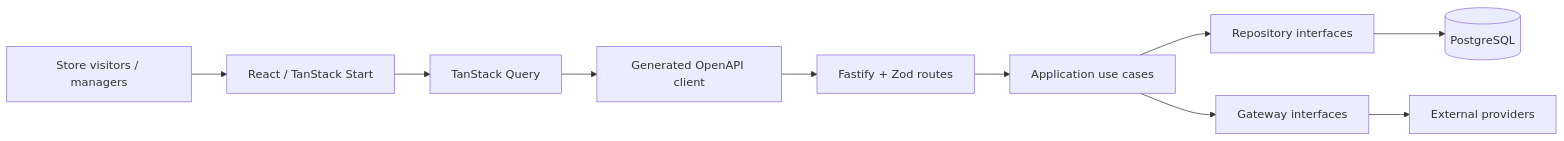
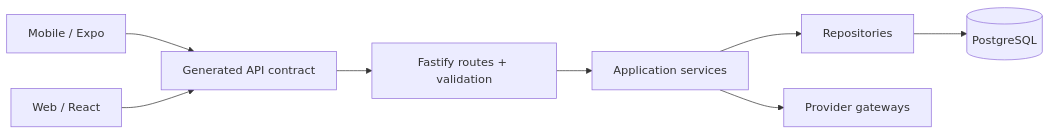
Before and after one commit to mkwitko/mkwitko: the diagram in README.md, drawn with Mermaid. The commit also changed other lines of this file and 4 other files, not shown here.

````diff
--- a/README.md
+++ b/README.md
@@ -50,12 +48,10 @@
 ```mermaid
 flowchart LR
-  U["Store visitors / managers"] --> W["React / TanStack Start"]
-  W --> Q["TanStack Query"]
-  Q --> C["Generated OpenAPI client"]
-  C --> A["Fastify + Zod routes"]
-  A --> S["Application use cases"]
-  S --> R["Repository interfaces"]
-  S --> G["Gateway interfaces"]
-  R --> P[("PostgreSQL")]
-  G --> E["External providers"]
+  M["Mobile / Expo"] --> C["Generated API contract"]
+  W["Web / React"] --> C
+  C --> API["Fastify routes + validation"]
+  API --> S["Application services"]
+  S --> R["Repositories"]
+  S --> G["Provider gateways"]
+  R --> DB[("PostgreSQL")]
 ```
````
